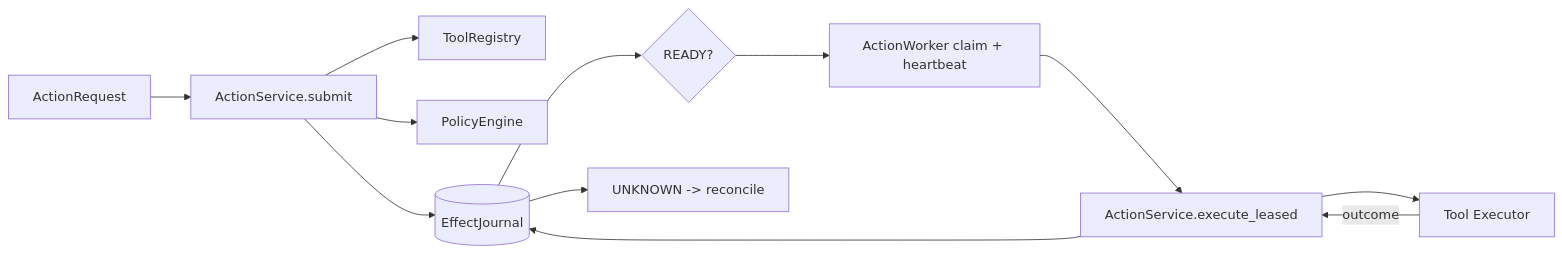
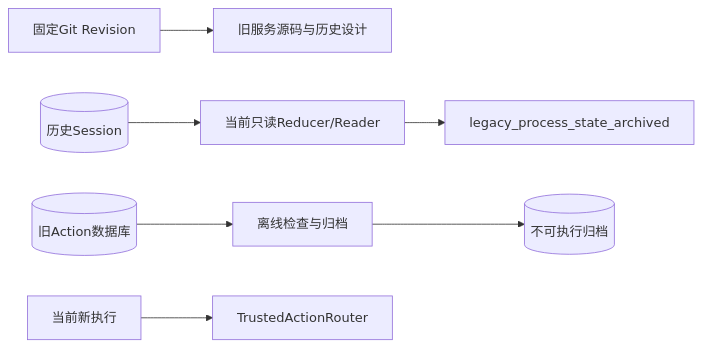
The sixth of 6 diagrams in docs/guides/source-reading-map.md (carrie1988/Harnessix), drawn with Mermaid before and after one commit. The commit also changed other lines of this file and 121 other files, not shown here.

````diff
--- a/docs/guides/source-reading-map.md
+++ b/docs/guides/source-reading-map.md
@@ -441,14 +442,9 @@
 ```mermaid
 flowchart LR
-    Request[ActionRequest] --> Service[ActionService.submit]
-    Service --> Registry[ToolRegistry]
-    Service --> Policy[PolicyEngine]
-    Service --> Journal[(EffectJournal)]
-    Journal --> Ready{READY?}
-    Ready --> Worker[ActionWorker claim + heartbeat]
-    Worker --> Execute[ActionService.execute_leased]
-    Execute --> Executor[Tool Executor]
-    Executor -->|outcome| Execute
-    Execute --> Journal
-    Journal --> Reconcile[UNKNOWN -> reconcile]
+    Git[固定Git Revision] --> History[旧服务源码与历史设计]
+    Session[(历史Session)] --> Reader[当前只读Reducer/Reader]
+    Reader --> Reject[legacy_process_state_archived]
+    Database[(旧Action数据库)] --> Archive[离线检查与归档]
+    Archive --> Offline[(不可执行归档)]
+    Current[当前新执行] --> Router[TrustedActionRouter]
 ```
````
